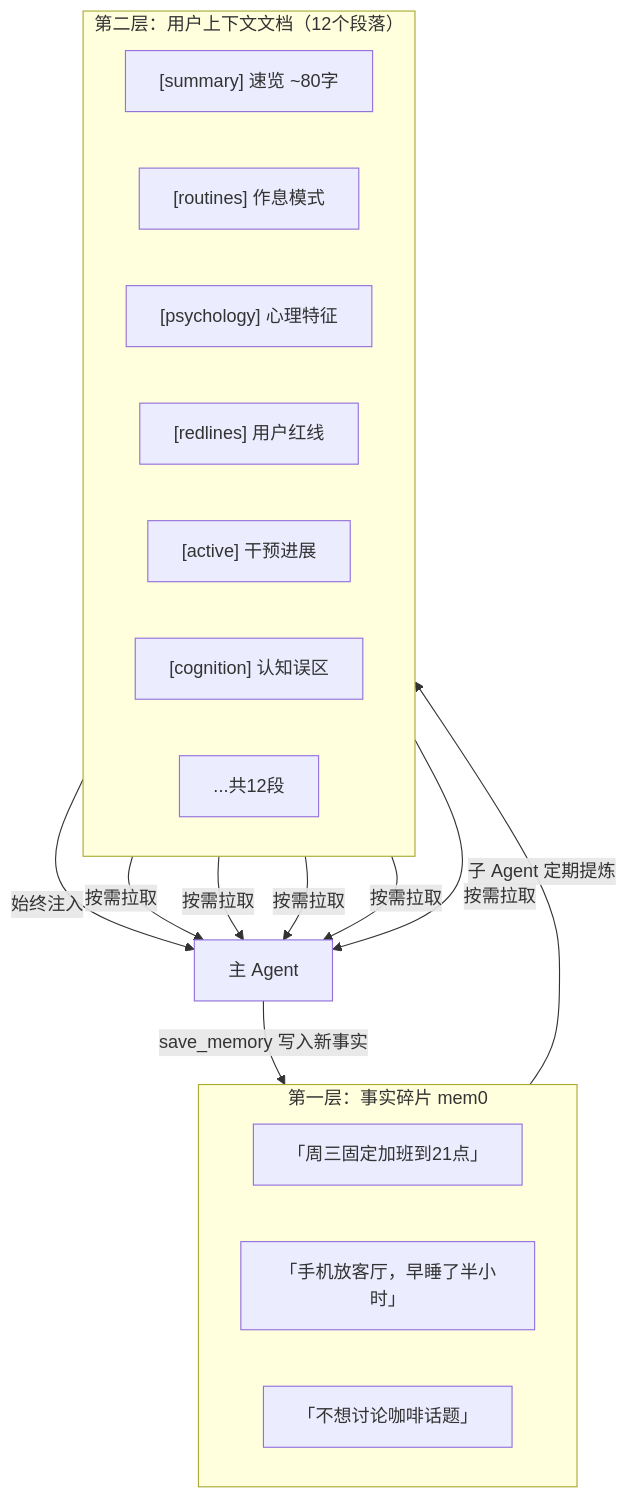
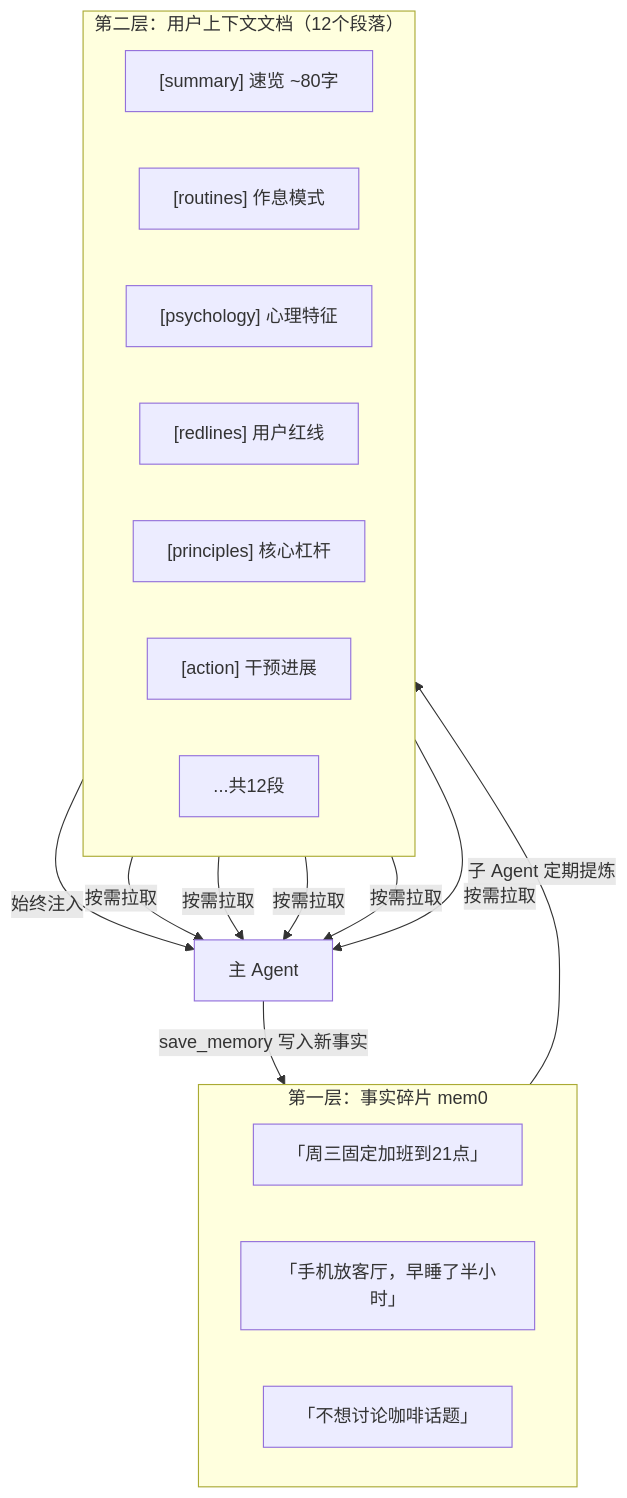
Before and after one commit to Trendolhxh/test: the first of 3 diagrams in isho-agent/README.md, drawn with Mermaid. The commit also changed other lines of this file and 24 other files, not shown here.

````diff
--- a/isho-agent/README.md
+++ b/isho-agent/README.md
@@ -104,27 +104,27 @@
 ```mermaid
 flowchart TB
     subgraph L1["第一层：事实碎片 mem0"]
         direction LR
         F1["「周三固定加班到21点」"]
         F2["「手机放客厅，早睡了半小时」"]
         F3["「不想讨论咖啡话题」"]
     end
 
     L1 -->|"子 Agent 定期提炼"| L2
 
     subgraph L2["第二层：用户上下文文档（12个段落）"]
         direction LR
         S0["[summary] 速览 ~80字"]
         S1["[routines] 作息模式"]
         S2["[psychology] 心理特征"]
         S3["[redlines] 用户红线"]
-        S4["[active] 干预进展"]
-        S5["[cognition] 认知误区"]
+        S4["[principles] 核心杠杆"]
+        S5["[action] 干预进展"]
         S6["...共12段"]
     end
 
     S0 -->|"始终注入"| AI["主 Agent"]
     S1 & S2 & S3 & S4 & S5 -->|"按需拉取"| AI
 
     AI -->|"save_memory 写入新事实"| L1
 ```
````
